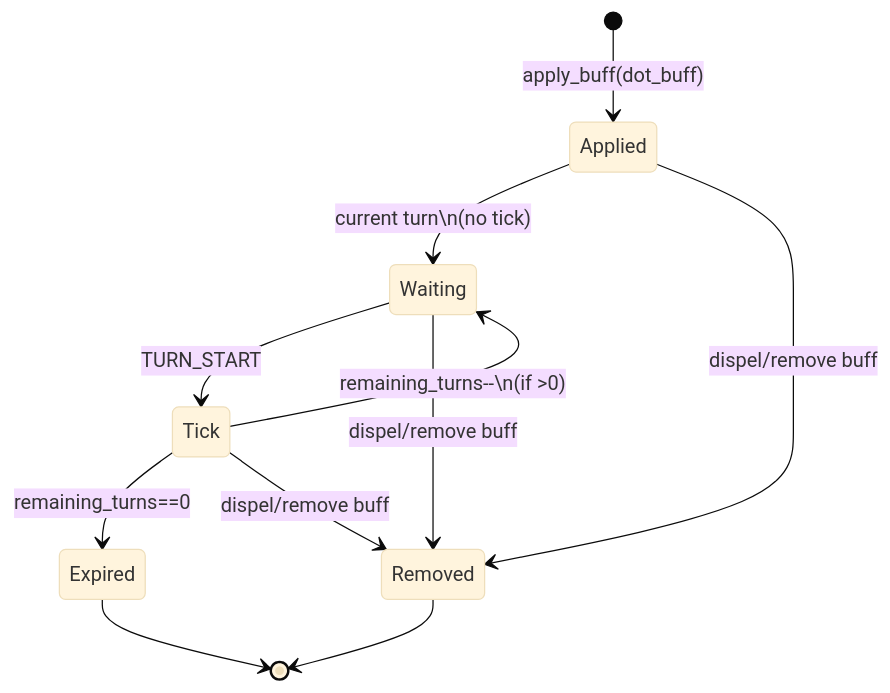
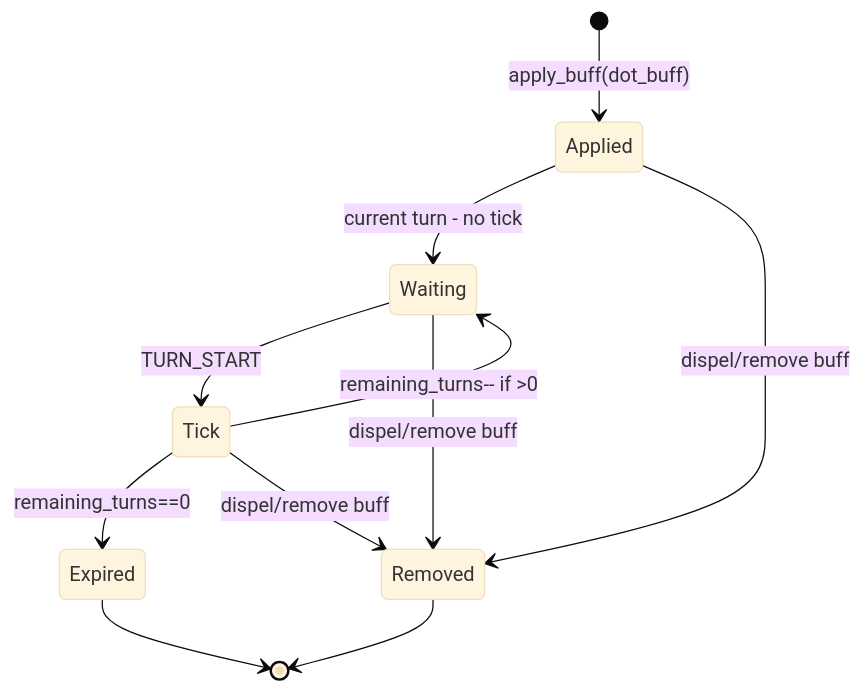
The second of 2 diagrams in addons/omnibuff/tutorial/06_damage_dot_turn_replay.md (jbts6/godot-buff-by-trae), drawn with Mermaid (base theme) before and after one commit. The commit also changed other lines of this file and 4 other files, not shown here.

Commit message:
fix(tutorial): make remaining mermaid blocks parseable

````diff
--- a/addons/omnibuff/tutorial/06_damage_dot_turn_replay.md
+++ b/addons/omnibuff/tutorial/06_damage_dot_turn_replay.md
@@ -90,13 +90,13 @@
 ```mermaid
 stateDiagram-v2
   [*] --> Applied: apply_buff(dot_buff)
-  Applied --> Waiting: current turn\n(no tick)
+  Applied --> Waiting: current turn - no tick
   Waiting --> Tick: TURN_START
-  Tick --> Waiting: remaining_turns--\n(if >0)
+  Tick --> Waiting: remaining_turns-- if >0
   Tick --> Expired: remaining_turns==0
   Applied --> Removed: dispel/remove buff
   Waiting --> Removed: dispel/remove buff
   Tick --> Removed: dispel/remove buff
   Expired --> [*]
   Removed --> [*]
 ```
````
